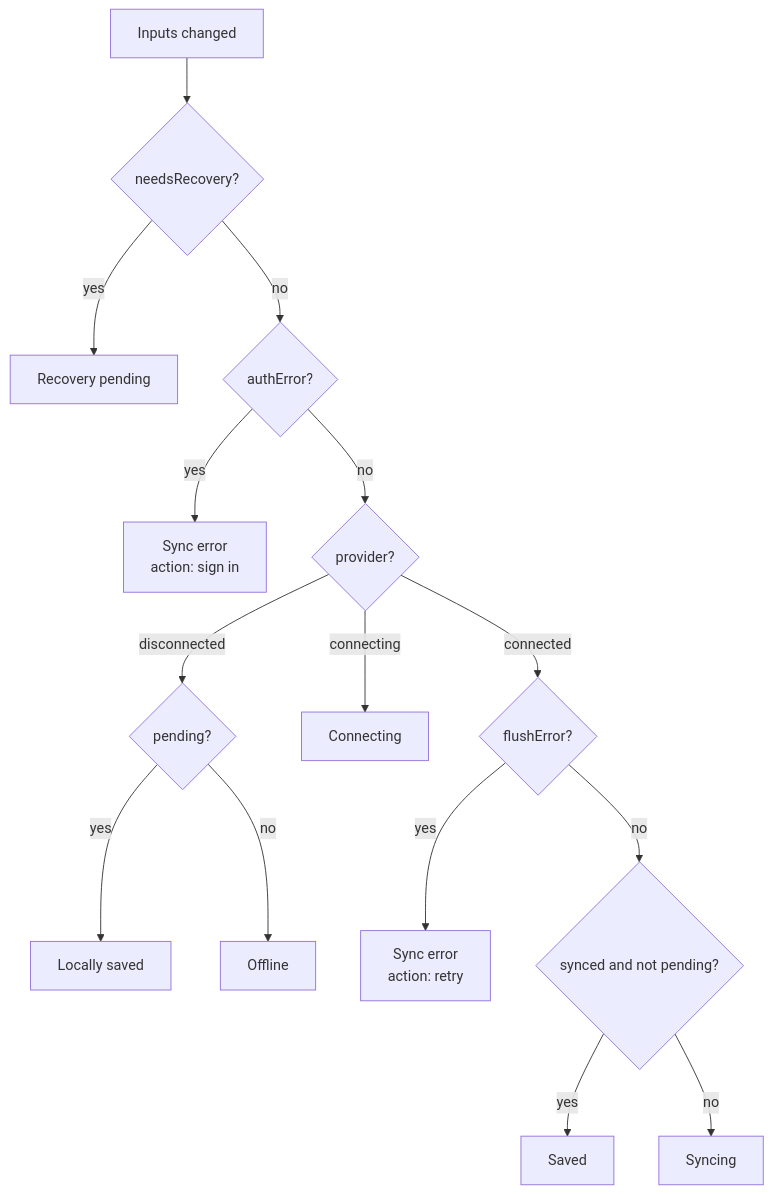
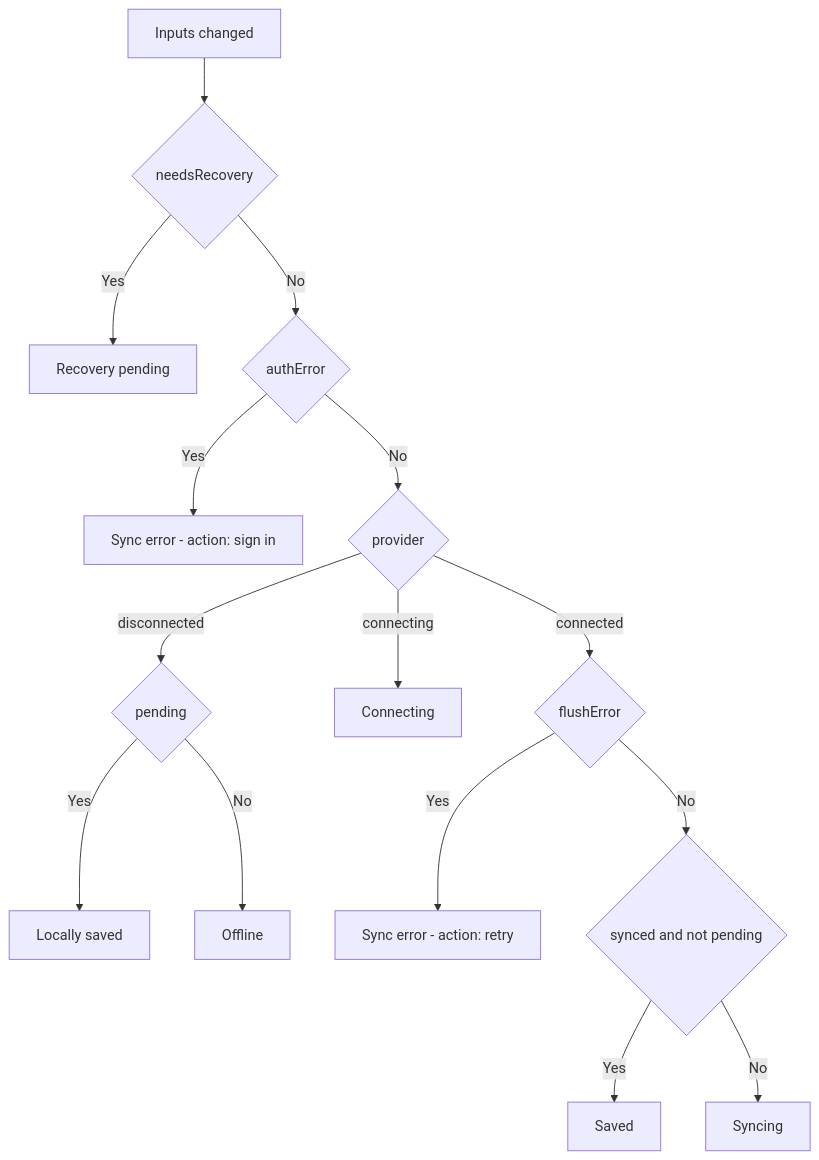
Before and after one commit to syncspace-app/syncspace: diagram 14 of 18 in docs/architecture-lld.md, drawn with Mermaid. The commit also changed other lines of this file and 2 other files, not shown here.

````diff
--- a/docs/architecture-lld.md
+++ b/docs/architecture-lld.md
@@ -674,17 +777,17 @@
 ```mermaid
-flowchart TD
-  S["Inputs changed"] --> NR{"needsRecovery?"}
-  NR -->|"yes"| RP["Recovery pending"]
-  NR -->|"no"| AE{"authError?"}
-  AE -->|"yes"| E1["Sync error<br/>action: sign in"]
-  AE -->|"no"| PV{"provider?"}
-  PV -->|"disconnected"| PD{"pending?"}
-  PD -->|"yes"| LS["Locally saved"]
-  PD -->|"no"| OF["Offline"]
-  PV -->|"connecting"| CN["Connecting"]
-  PV -->|"connected"| FE{"flushError?"}
-  FE -->|"yes"| E2["Sync error<br/>action: retry"]
-  FE -->|"no"| SY{"synced and not pending?"}
-  SY -->|"yes"| SV["Saved"]
-  SY -->|"no"| SN["Syncing"]
+flowchart TB
+  S[Inputs changed] --> R{needsRecovery}
+  R -->|Yes| RP[Recovery pending]
+  R -->|No| A{authError}
+  A -->|Yes| SE1[Sync error - action: sign in]
+  A -->|No| P{provider}
+  P -->|disconnected| PD{pending}
+  PD -->|Yes| LS[Locally saved]
+  PD -->|No| OFF[Offline]
+  P -->|connecting| CON[Connecting]
+  P -->|connected| FE{flushError}
+  FE -->|Yes| SE2[Sync error - action: retry]
+  FE -->|No| SY{synced and not pending}
+  SY -->|Yes| SV[Saved]
+  SY -->|No| SYN[Syncing]
 ```
````
